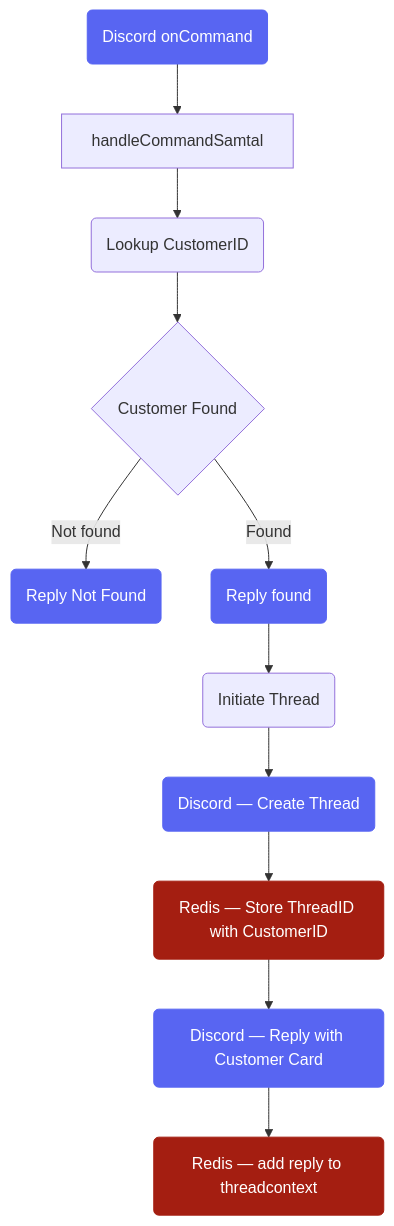
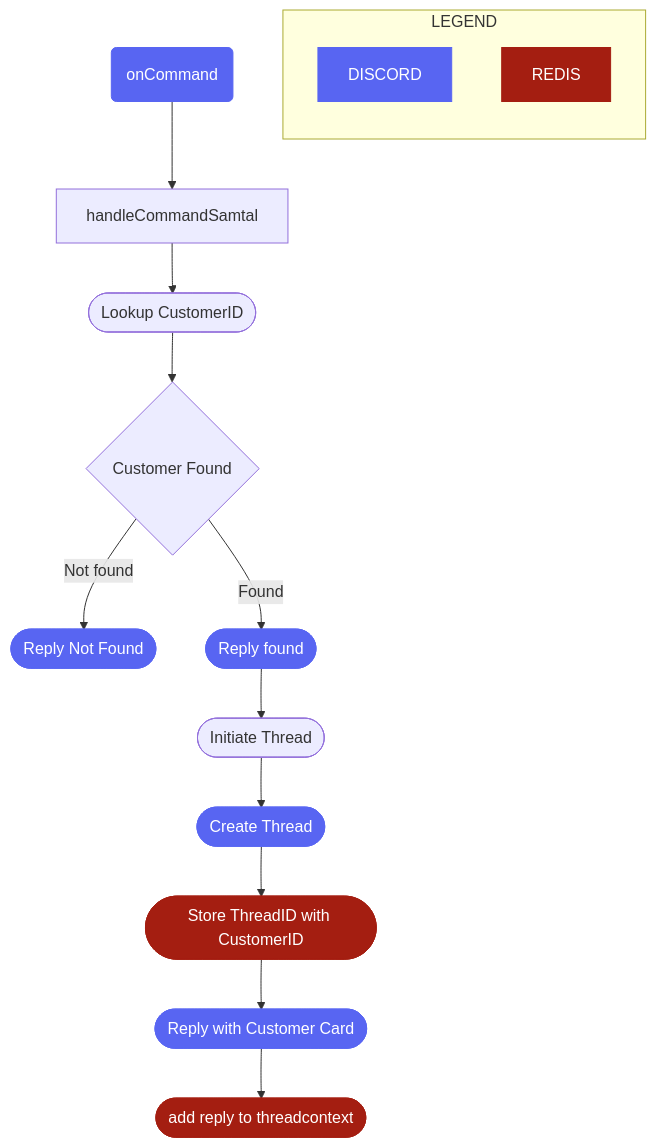
Before and after one commit to nvaa-se/ai-colleague: the first of 3 diagrams in README.md, drawn with Mermaid. The commit also changed other lines of this file, not shown here.

Commit message:
Improve mermaid charts

````diff
--- a/README.md
+++ b/README.md
@@ -8,30 +9,40 @@
 ```mermaid
 flowchart TB
+    LD[DISCORD]
+    LR[REDIS]
 
-    0(Discord onCommand)
+    0(onCommand)
     A[handleCommandSamtal]
-    B(Lookup CustomerID)
+    B([Lookup CustomerID])
     C{Customer Found}
-    D1(Reply Not Found)
-    D2(Reply found)
-    E(Initiate Thread)
-    F(Discord — Create Thread)
-    G(Redis — Store ThreadID with CustomerID)
-    H(Discord — Reply with Customer Card)
-    I(Redis — add reply to threadcontext)
+    D1([Reply Not Found])
+    D2([Reply found])
+    E([Initiate Thread])
+    F([Create Thread])
+    G([Store ThreadID with CustomerID])
+    H([Reply with Customer Card])
+    I([add reply to threadcontext])
+
+    subgraph LEGEND
+        direction TB
+        LD
+        LR
+    end
 
     0 --> A --> B --> C --Found--> D2 --> E
     C --Not found--> D1
     E --> F --> G --> H --> I
 
     %% Discord Style
+    style LD color:#FFFFFF, fill:#5865F2, stroke:#5865F2
     style 0 color:#FFFFFF, fill:#5865F2, stroke:#5865F2
     style D1 color:#FFFFFF, fill:#5865F2, stroke:#5865F2
     style D2 color:#FFFFFF, fill:#5865F2, stroke:#5865F2
     style F color:#FFFFFF, fill:#5865F2, stroke:#5865F2
     style H color:#FFFFFF, fill:#5865F2, stroke:#5865F2
 
     %% Redis Style
+    style LR color:#FFFFFF, stroke:#A41e11, fill:#A41e11
     style G color:#FFFFFF, stroke:#A41e11, fill:#A41e11
     style I color:#FFFFFF, stroke:#A41e11, fill:#A41e11
 ```
````
